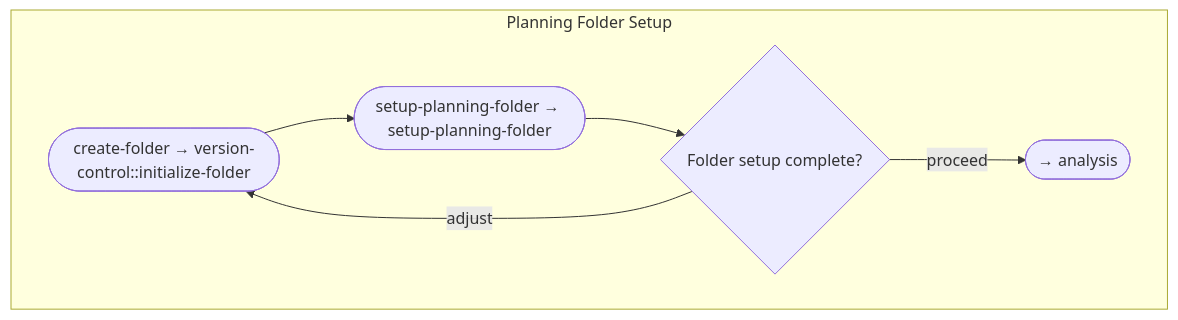
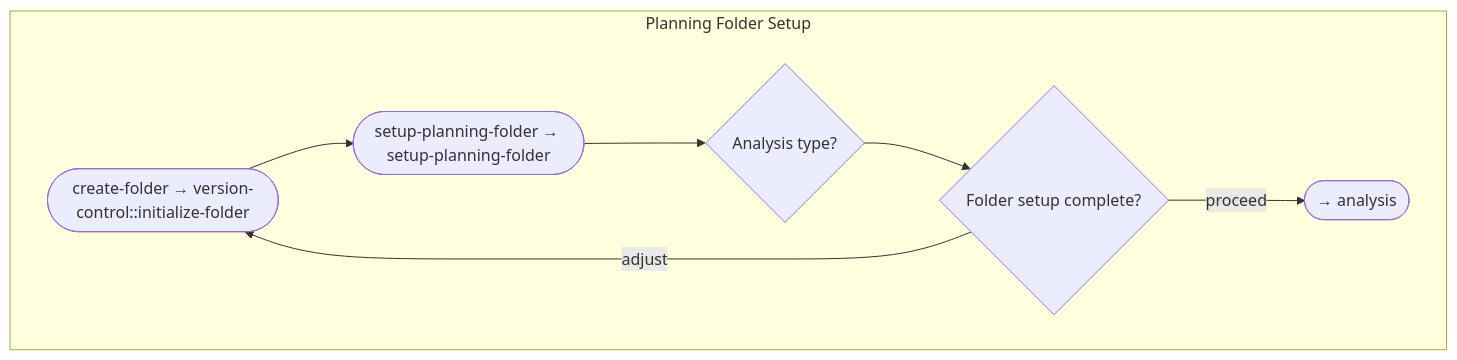
One commit to m2ux/workflow-server changed the third of 8 diagrams in work-packages/README.md. Above: the diagram before and after it, drawn with Mermaid. The commit also changed other lines of this file and 18 other files, not shown here.

````diff
--- a/work-packages/README.md
+++ b/work-packages/README.md
@@ -71,12 +71,13 @@
 ```mermaid
 graph TD
     subgraph folder-setup[Planning Folder Setup]
         f1([create-folder → version-control::initialize-folder])
         f2([setup-planning-folder → setup-planning-folder])
+        cpType{Analysis type?}
         cp1{Folder setup complete?}
-        
-        f1 --> f2 --> cp1
+
+        f1 --> f2 --> cpType --> cp1
         cp1 -->|proceed| Next([→ analysis])
         cp1 -->|adjust| f1
     end
 ```
````
